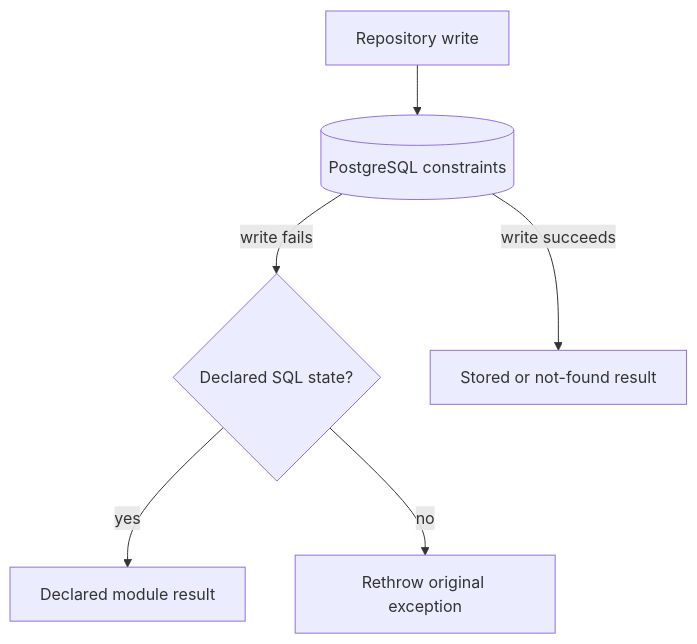
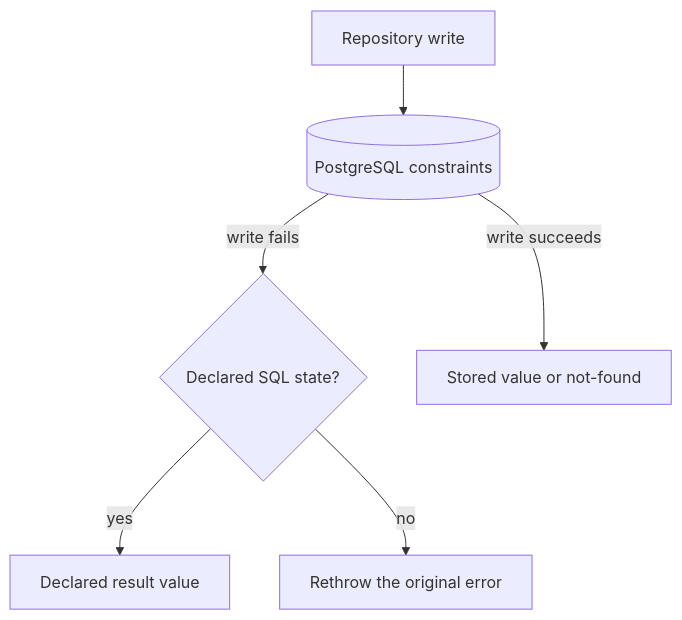
One commit to bitstorm-tech/voenix-shop-kotlin changed the diagram in docs/dev/backend/conventions/persistence-error-handling.md. Above: the diagram before and after it, drawn with Mermaid. The commit also changed other lines of this file and 1061 other files, not shown here.

````diff
--- a/docs/dev/backend/conventions/persistence-error-handling.md
+++ b/docs/dev/backend/conventions/persistence-error-handling.md
@@ -21,15 +20,15 @@
 ```mermaid
 flowchart TD
     Repository["Repository write"]
     Database[("PostgreSQL constraints")]
     SqlState{"Declared SQL state?"}
-    Stored["Stored or not-found result"]
-    Expected["Declared module result"]
-    Unexpected["Rethrow original exception"]
+    Stored["Stored value or not-found"]
+    Expected["Declared result value"]
+    Unexpected["Rethrow the original error"]
 
     Repository --> Database
     Database -->|"write succeeds"| Stored
     Database -->|"write fails"| SqlState
     SqlState -->|"yes"| Expected
     SqlState -->|"no"| Unexpected
 ```
````
